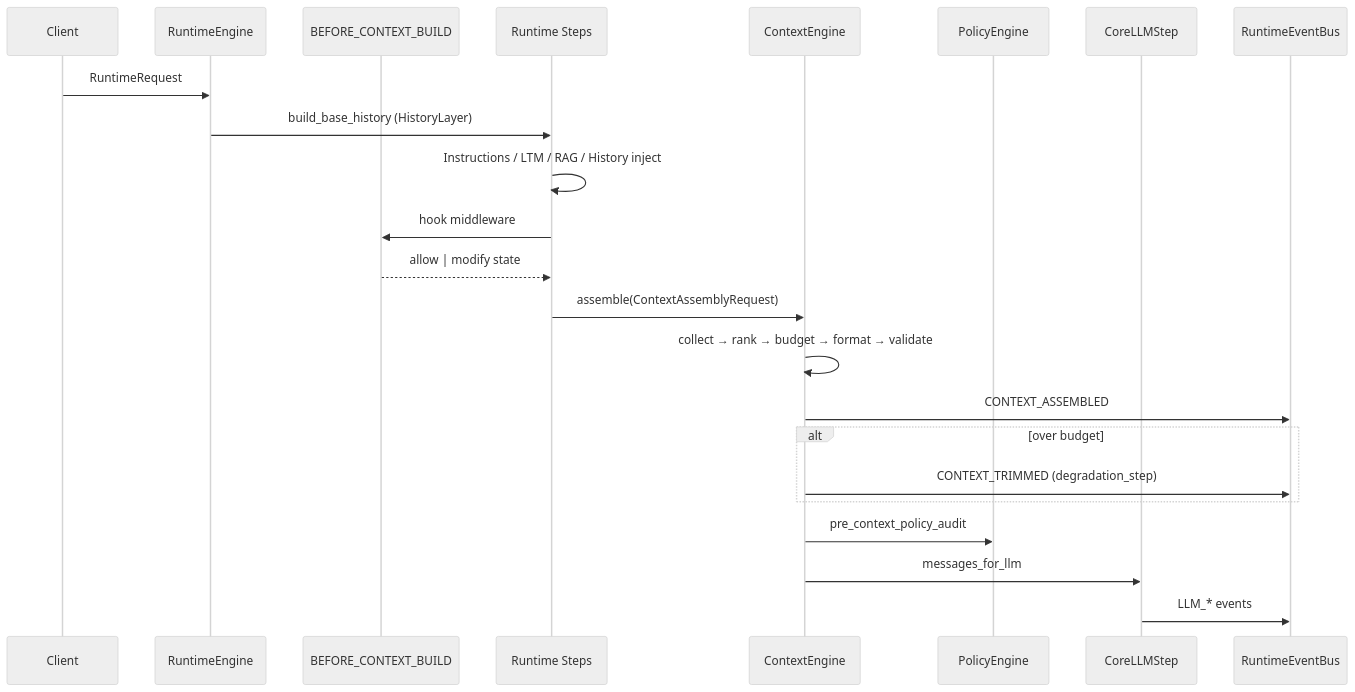
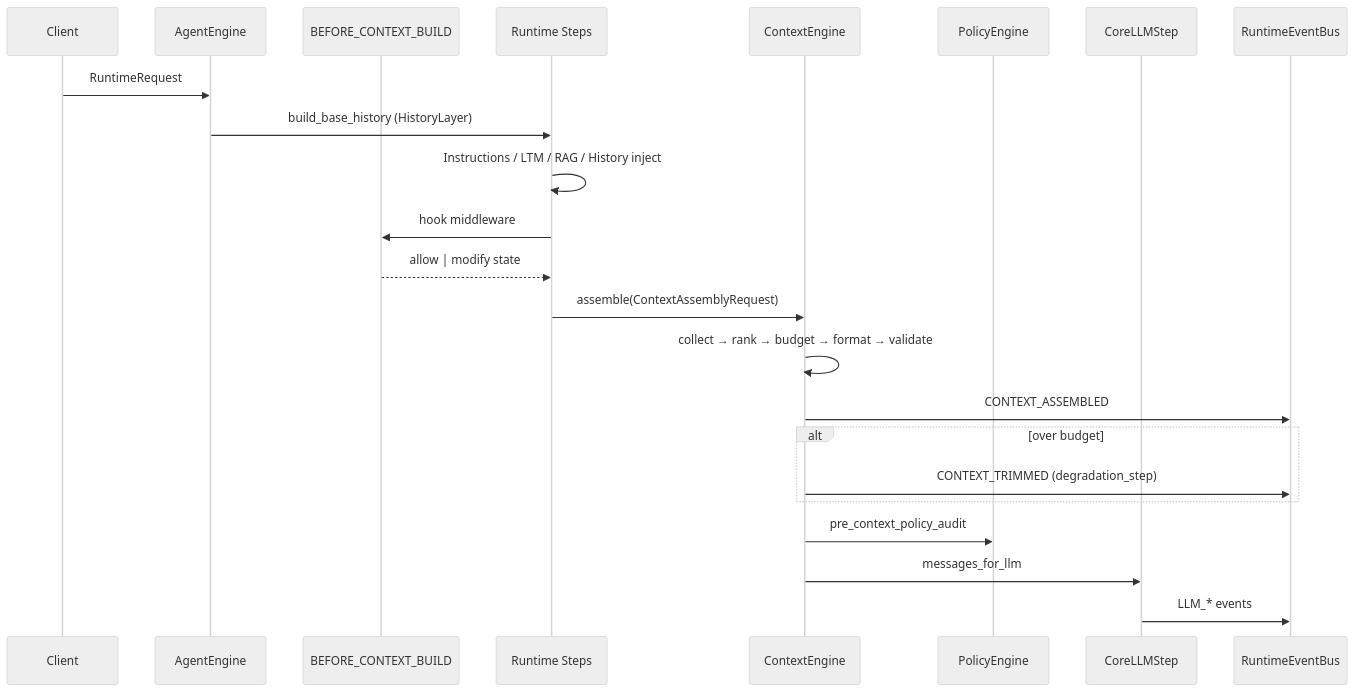
One commit to jakbuczarnecki/intergrax changed the first of 2 diagrams in docs/architecture/CONTEXT_ENGINEERING.md. Above: the diagram before and after it, drawn with Mermaid (neutral theme). The commit also changed other lines of this file and 74 other files, not shown here.

Commit message:
Retire RuntimeEngine pipeline stack and scrub legacy docs (ACP-CLOSE-LEG-5)

````diff
--- a/docs/architecture/CONTEXT_ENGINEERING.md
+++ b/docs/architecture/CONTEXT_ENGINEERING.md
@@ -375,26 +375,26 @@
 ```mermaid
 sequenceDiagram
     participant Client
-    participant Engine as RuntimeEngine
+    participant Engine as AgentEngine
     participant Hook as BEFORE_CONTEXT_BUILD
     participant Steps as Runtime Steps
     participant CE as ContextEngine
     participant Policy as PolicyEngine
     participant LLM as CoreLLMStep
     participant Bus as RuntimeEventBus
 
     Client->>Engine: RuntimeRequest
     Engine->>Steps: build_base_history (HistoryLayer)
     Steps->>Steps: Instructions / LTM / RAG / History inject
     Steps->>Hook: hook middleware
     Hook-->>Steps: allow | modify state
     Steps->>CE: assemble(ContextAssemblyRequest)
     CE->>CE: collect → rank → budget → format → validate
     CE->>Bus: CONTEXT_ASSEMBLED
     alt over budget
         CE->>Bus: CONTEXT_TRIMMED (degradation_step)
     end
     CE->>Policy: pre_context_policy_audit
     CE->>LLM: messages_for_llm
     LLM->>Bus: LLM_* events
 ```
````
